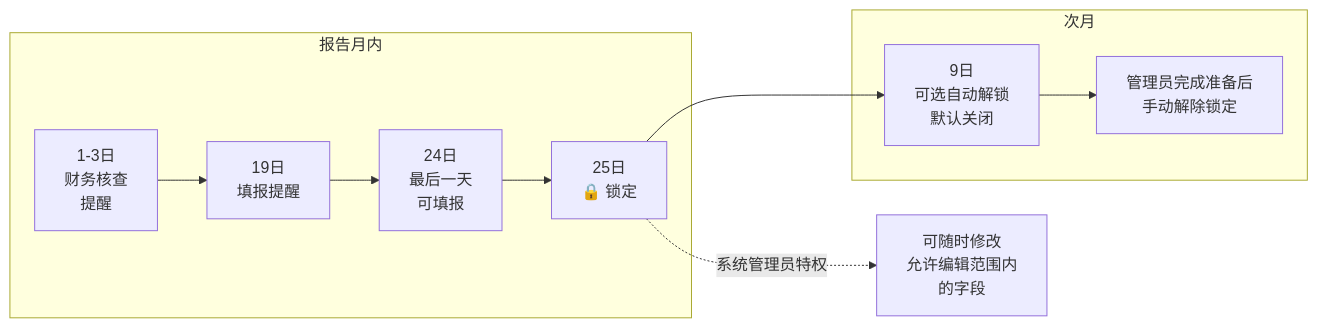
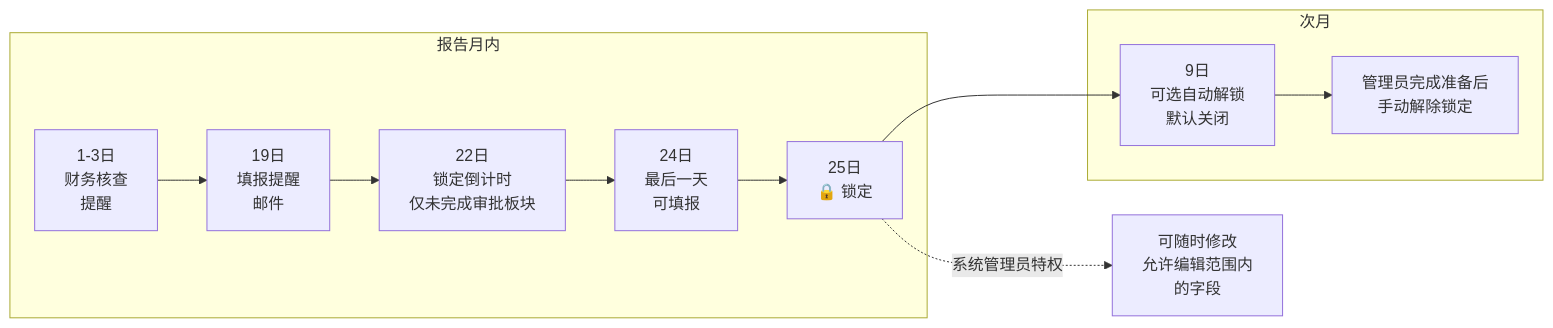
Before and after one commit to marcelxu0272/202605_project-tracking-table: the fourth of 14 diagrams in docs/需求文档/需求文档_产品版.md, drawn with Mermaid. The commit also changed other lines of this file and 76 other files, not shown here.

````diff
--- a/docs/需求文档/需求文档_产品版.md
+++ b/docs/需求文档/需求文档_产品版.md
@@ -241,15 +242,16 @@
 ```mermaid
 flowchart LR
     subgraph 报告月内
-        D1["1-3日<br/>财务核查<br/>提醒"] --> D19["19日<br/>填报提醒"]
-        D19 --> D24["24日<br/>最后一天<br/>可填报"]
+        D1["1-3日<br/>财务核查<br/>提醒"] --> D19["19日<br/>填报提醒<br/>邮件"]
+        D19 --> D22["22日<br/>锁定倒计时<br/>仅未完成审批板块"]
+        D22 --> D24["24日<br/>最后一天<br/>可填报"]
         D24 --> D25["25日<br/>🔒 锁定"]
     end
 
     subgraph 次月
         D25 --> D9["9日<br/>可选自动解锁<br/>默认关闭"]
         D9 --> NEXT["管理员完成准备后<br/>手动解除锁定"]
     end
 
     D25 -.->|系统管理员特权| ADMIN_EDIT["可随时修改<br/>允许编辑范围内<br/>的字段"]
 ```
````
